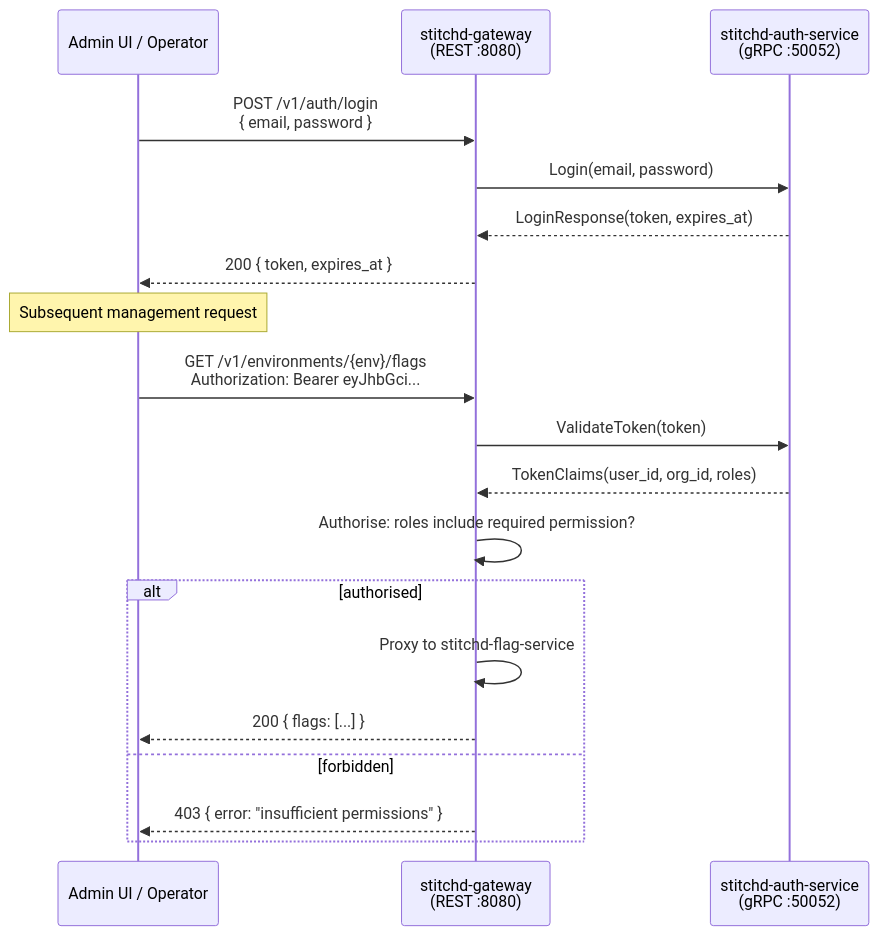
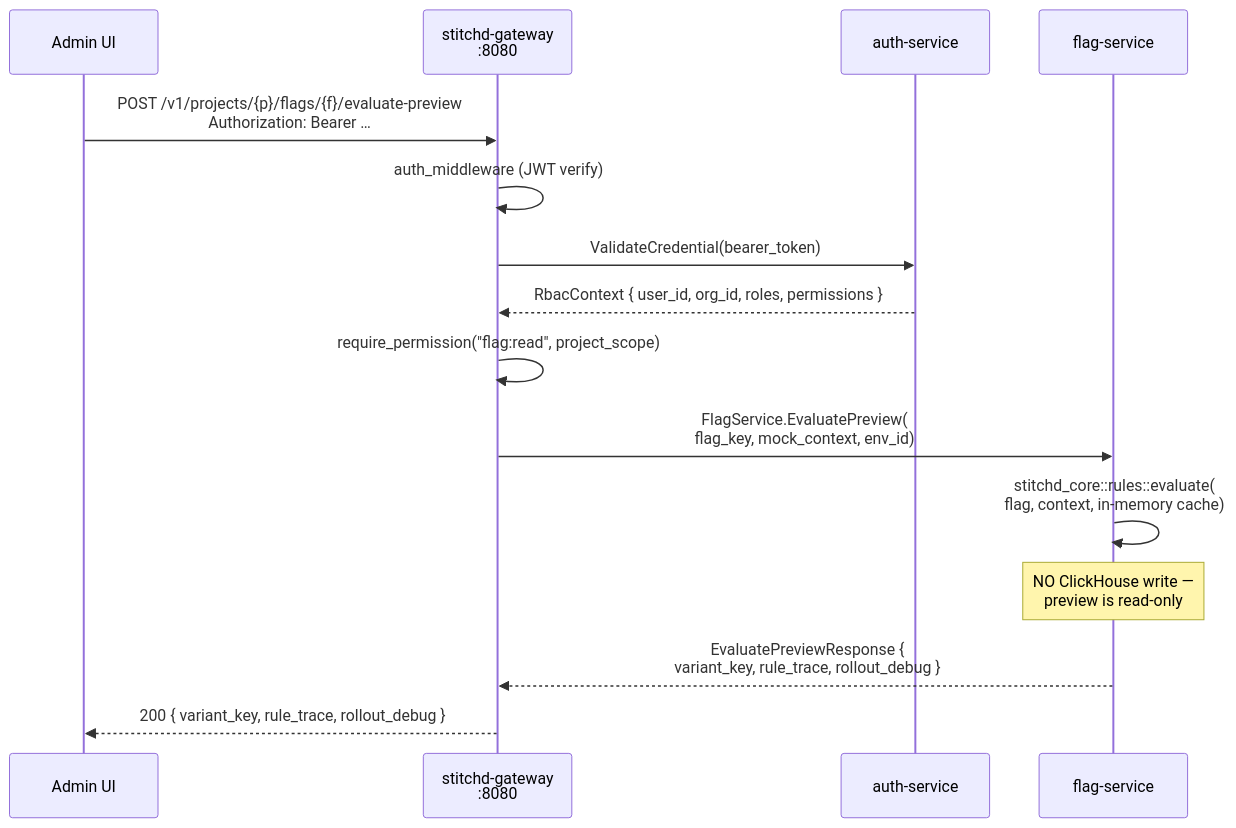
Before and after one commit to stitchd-dev/feature-flag: the fifth of 10 diagrams in docs/src/architecture/service-flows.md, drawn with Mermaid. The commit also changed other lines of this file and 24 other files, not shown here.

````diff
--- a/docs/src/architecture/service-flows.md
+++ b/docs/src/architecture/service-flows.md
@@ -83,25 +157,19 @@
 ```mermaid
 sequenceDiagram
-    participant UI as Admin UI / Operator
-    participant GW as stitchd-gateway<br/>(REST :8080)
-    participant AS as stitchd-auth-service<br/>(gRPC :50052)
+    participant UI as Admin UI
+    participant GW as stitchd-gateway<br/>:8080
+    participant AUTH as auth-service
+    participant FLAG as flag-service
 
-    UI->>GW: POST /v1/auth/login<br/>{ email, password }
-    GW->>AS: Login(email, password)
-    AS-->>GW: LoginResponse(token, expires_at)
-    GW-->>UI: 200 { token, expires_at }
+    UI->>GW: POST /v1/projects/{p}/flags/{f}/evaluate-preview<br/>Authorization: Bearer …
+    GW->>GW: auth_middleware (JWT verify)
+    GW->>AUTH: ValidateCredential(bearer_token)
+    AUTH-->>GW: RbacContext { user_id, org_id, roles, permissions }
+    GW->>GW: require_permission("flag:read", project_scope)
 
-    Note over UI: Subsequent management request
-    UI->>GW: GET /v1/environments/{env}/flags<br/>Authorization: Bearer eyJhbGci...
-    GW->>AS: ValidateToken(token)
-    AS-->>GW: TokenClaims(user_id, org_id, roles)
-
-    GW->>GW: Authorise: roles include required permission?
-
-    alt authorised
-        GW->>GW: Proxy to stitchd-flag-service
-        GW-->>UI: 200 { flags: [...] }
-    else forbidden
-        GW-->>UI: 403 { error: "insufficient permissions" }
-    end
+    GW->>FLAG: FlagService.EvaluatePreview(<br/>  flag_key, mock_context, env_id)
+    FLAG->>FLAG: stitchd_core::rules::evaluate(<br/>  flag, context, in-memory cache)
+    Note over FLAG: NO ClickHouse write —<br/>preview is read-only
+    FLAG-->>GW: EvaluatePreviewResponse {<br/>  variant_key, rule_trace, rollout_debug }
+    GW-->>UI: 200 { variant_key, rule_trace, rollout_debug }
 ```
````
